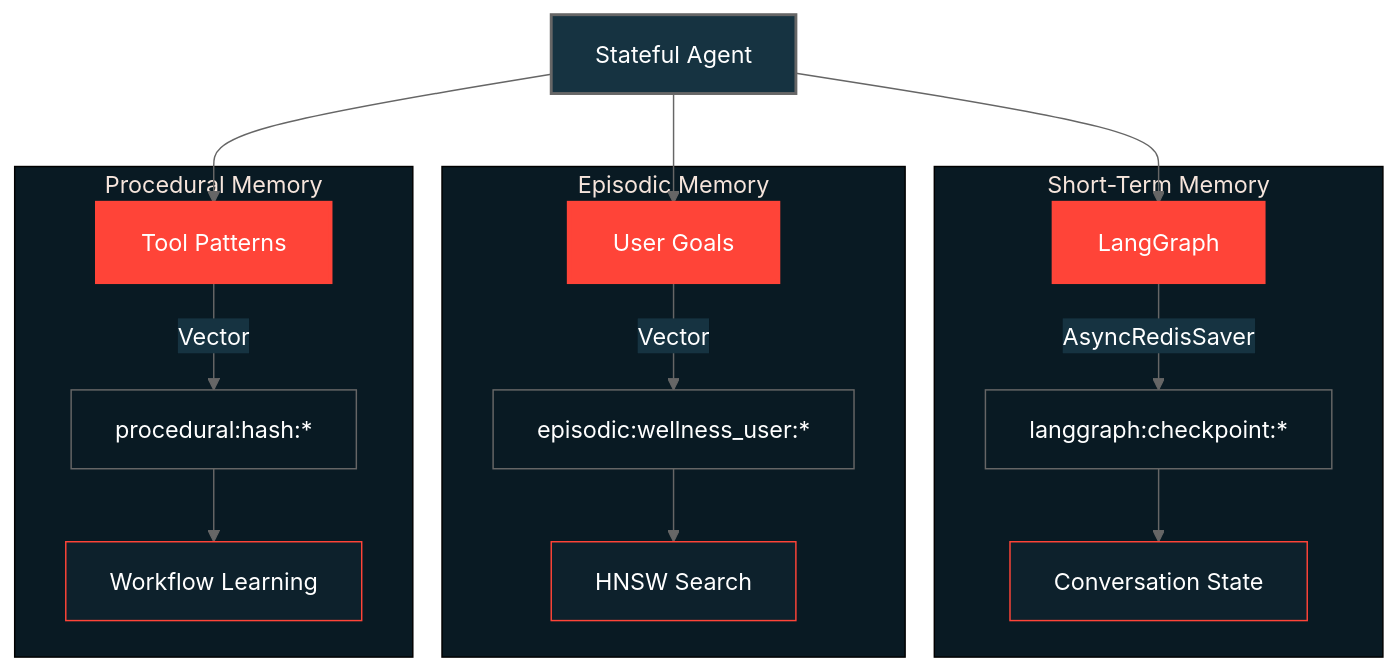
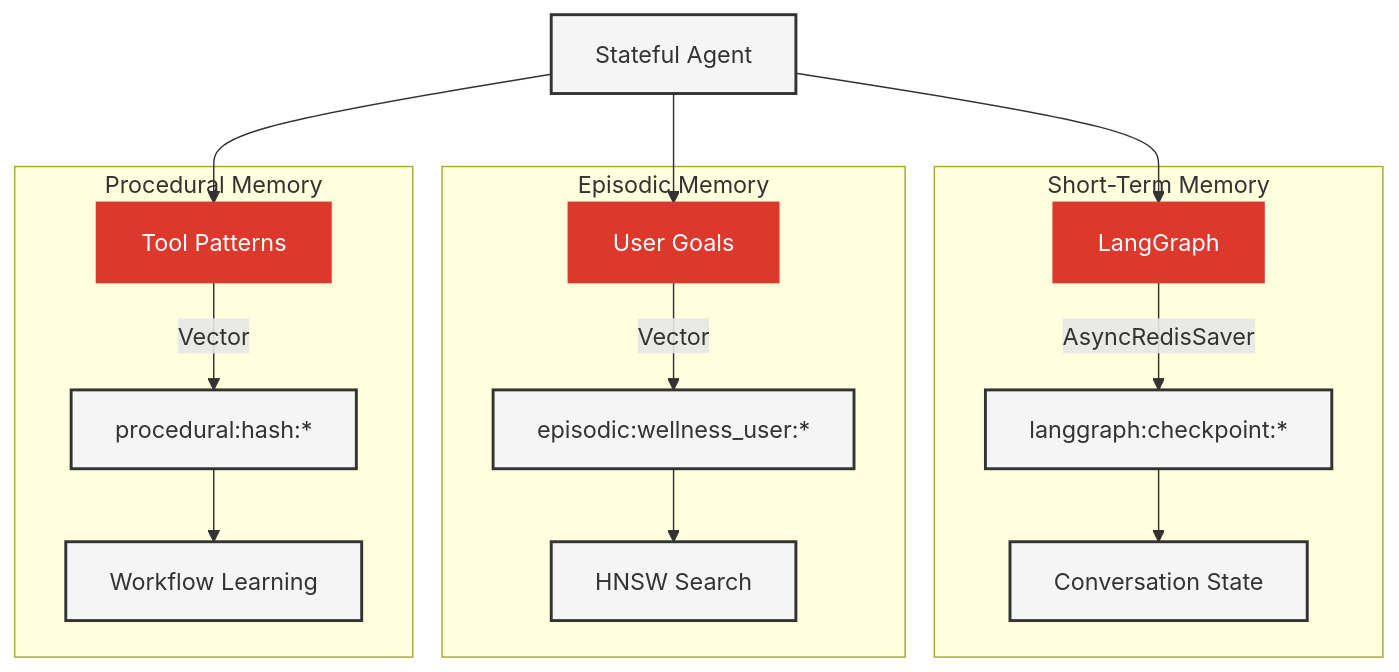
One commit to AllieRays/redis-wellness changed the fourth of 4 diagrams in docs/11_REDIS_PATTERNS.md. Above: the diagram before and after it, drawn with Mermaid. The commit also changed other lines of this file and 1 other file, not shown here.

Commit message:
Updates to mermaid.

````diff
--- a/docs/11_REDIS_PATTERNS.md
+++ b/docs/11_REDIS_PATTERNS.md
@@ -387,30 +390,32 @@
 ```mermaid
-%%{init: {'theme':'base', 'themeVariables': { 'primaryColor':'#0d212c', 'primaryTextColor':'#fff', 'primaryBorderColor':'#ff4438', 'lineColor':'#666', 'secondaryColor':'#163341', 'tertiaryColor':'#091a23'}}}%%
 graph TB
     subgraph "Short-Term Memory"
     A[LangGraph] -->|AsyncRedisSaver| B[langgraph:checkpoint:*]
     B --> B1[Conversation State]
     end
 
     subgraph "Episodic Memory"
     C[User Goals] -->|Vector| D[episodic:wellness_user:*]
     D --> D1[HNSW Search]
     end
 
     subgraph "Procedural Memory"
     E[Tool Patterns] -->|Vector| F[procedural:hash:*]
     F --> F1[Workflow Learning]
     end
 
     G[Stateful Agent] --> A
     G --> C
     G --> E
 
-    style A fill:#ff4438,stroke:#ff4438,color:#fff,stroke-width:3px
-    style C fill:#ff4438,stroke:#ff4438,color:#fff,stroke-width:3px
-    style E fill:#ff4438,stroke:#ff4438,color:#fff,stroke-width:3px
-    style G fill:#163341,stroke:#666,color:#fff,stroke-width:2px
-    style B fill:#091a23,stroke:#666,color:#fff
-    style D fill:#091a23,stroke:#666,color:#fff
-    style F fill:#091a23,stroke:#666,color:#fff
+    style A fill:#DC382C,stroke:#DC382C,stroke-width:2px,color:#fff
+    style C fill:#DC382C,stroke:#DC382C,stroke-width:2px,color:#fff
+    style E fill:#DC382C,stroke:#DC382C,stroke-width:2px,color:#fff
+    style G fill:#f5f5f5,stroke:#333,stroke-width:2px
+    style B fill:#f5f5f5,stroke:#333,stroke-width:2px
+    style D fill:#f5f5f5,stroke:#333,stroke-width:2px
+    style F fill:#f5f5f5,stroke:#333,stroke-width:2px
+    style B1 fill:#f5f5f5,stroke:#333,stroke-width:2px
+    style D1 fill:#f5f5f5,stroke:#333,stroke-width:2px
+    style F1 fill:#f5f5f5,stroke:#333,stroke-width:2px
 ```
````
